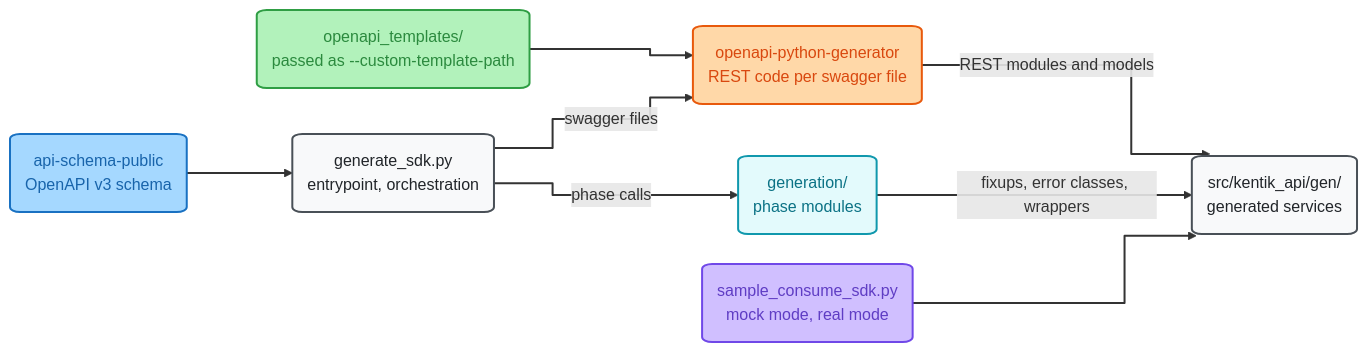
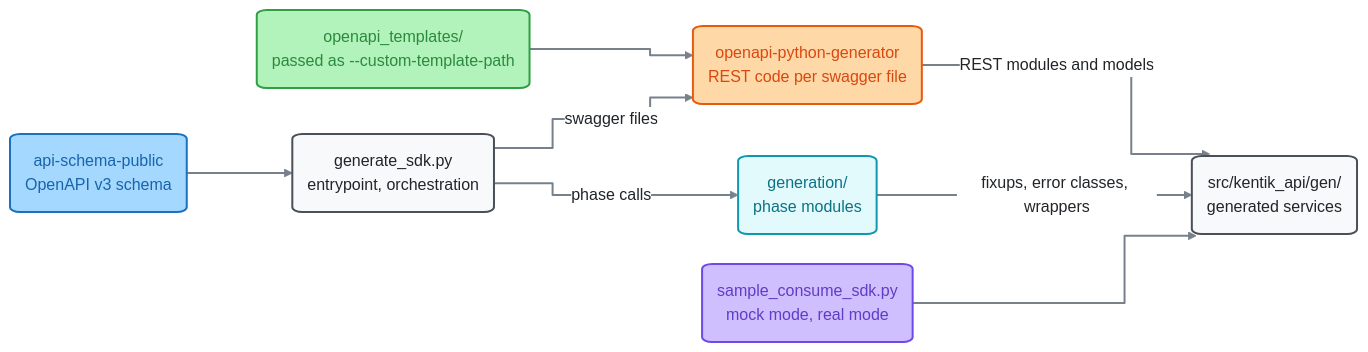
The diagram in scripts/README.md (alexdearaujo/community_sdk_python), drawn with Mermaid before and after one commit. The commit also changed 63 other files, not shown here.

First line of the commit message:
docs: themed Mermaid everywhere, smooth curves on the layer diagram

````diff
--- a/scripts/README.md
+++ b/scripts/README.md
@@ -30,35 +30,35 @@
 ```mermaid
-%%{init: {"fontFamily": "ui-monospace, SFMono-Regular, Menlo, monospace", "flowchart": {"curve": "step", "nodeSpacing": 30, "rankSpacing": 70, "wrappingWidth": 400}}}%%
+%%{init: {"theme": "base", "fontFamily": "ui-monospace, SFMono-Regular, Menlo, monospace", "themeVariables": {"fontFamily": "ui-monospace, SFMono-Regular, Menlo, monospace", "primaryColor": "#f8f9fa", "primaryBorderColor": "#495057", "primaryTextColor": "#212529", "textColor": "#212529", "lineColor": "#77818c", "edgeLabelBackground": "#ffffff", "actorBkg": "#f8f9fa", "actorBorder": "#495057", "actorTextColor": "#212529", "actorLineColor": "#a9b3be", "signalColor": "#57616d", "signalTextColor": "#212529", "labelBoxBkgColor": "#f8f9fa", "labelBoxBorderColor": "#495057", "labelTextColor": "#212529", "loopTextColor": "#57616d", "noteBkgColor": "#fff9db", "noteBorderColor": "#f08c00", "noteTextColor": "#a35a00"}, "flowchart": {"curve": "step", "nodeSpacing": 30, "rankSpacing": 70, "wrappingWidth": 400}}}%%
 flowchart LR
   schema("api-schema-public<br/>OpenAPI v3 schema"):::blueSrc
   tpl("openapi_templates/<br/>passed as --custom-template-path"):::greenSrc
   entry("generate_sdk.py<br/>entrypoint, orchestration"):::hub
   oapi("openapi-python-generator<br/>REST code per swagger file"):::orangeSrc
   phases("generation/<br/>phase modules"):::cyan
   sdk("src/kentik_api/gen/<br/>generated services"):::hub
   sample("sample_consume_sdk.py<br/>mock mode, real mode"):::violetSrc
 
   schema --> entry
   entry -->|"swagger files"| oapi
   tpl --> oapi
   oapi -->|"REST modules and models"| sdk
   entry -->|"phase calls"| phases
   phases -->|"fixups, error classes, wrappers"| sdk
   sample --> sdk
 
   click schema "https://github.com/kentik/api-schema-public"
   click tpl "openapi_templates/README.md"
   click entry "generate_sdk.py"
   click phases "generation/README.md"
   click sdk "../src/kentik_api/gen/README.md"
   click sample "sample_consume_sdk.py"
 
   classDef blueSrc fill:#a5d8ff,stroke:#1971c2,color:#1864ab
   classDef greenSrc fill:#b2f2bb,stroke:#2f9e44,color:#2b8a3e
   classDef violetSrc fill:#d0bfff,stroke:#7048e8,color:#5f3dc4
   classDef orangeSrc fill:#ffd8a8,stroke:#e8590c,color:#d9480f
   classDef cyan fill:#e3fafc,stroke:#1098ad,color:#0b7285
   classDef hub fill:#f8f9fa,stroke:#495057,color:#212529
   classDef blueSrc,greenSrc,violetSrc,orangeSrc,cyan,hub stroke-width:2px,rx:10px
   linkStyle default stroke-width:2px,stroke-linecap:round,stroke-linejoin:round
 ```
````
